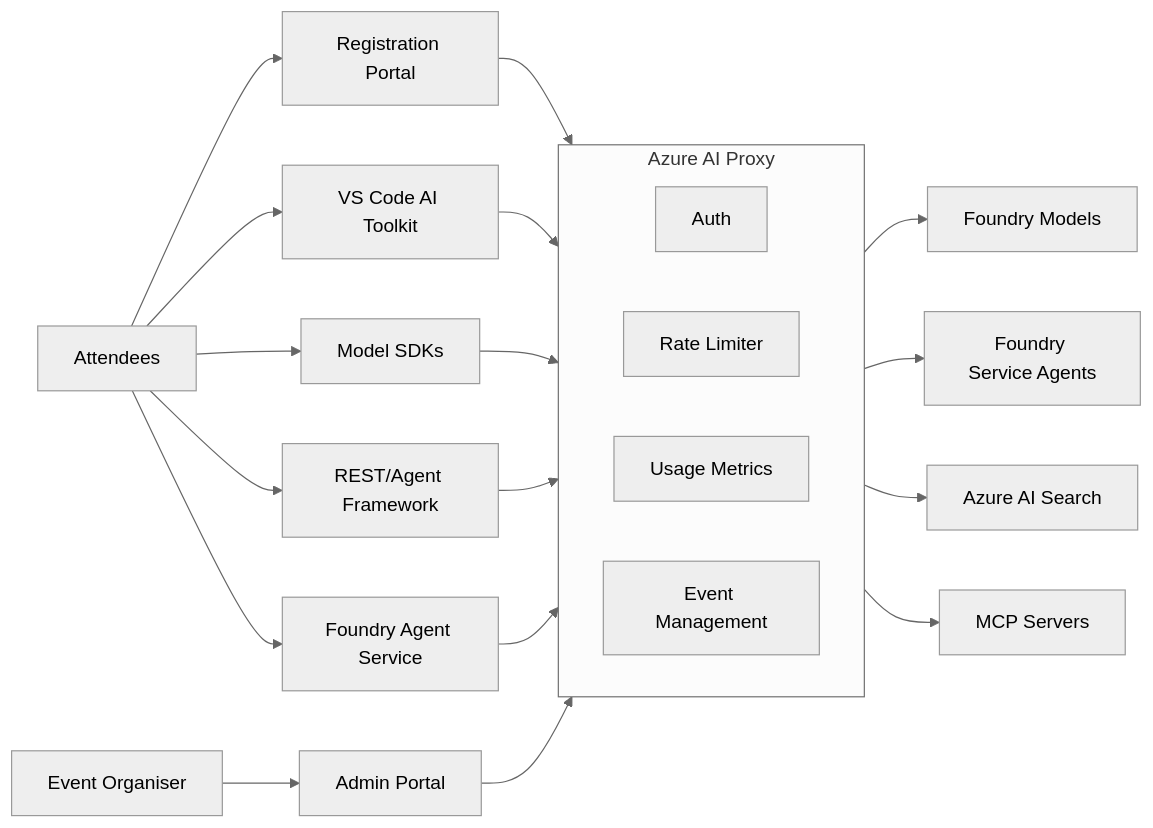
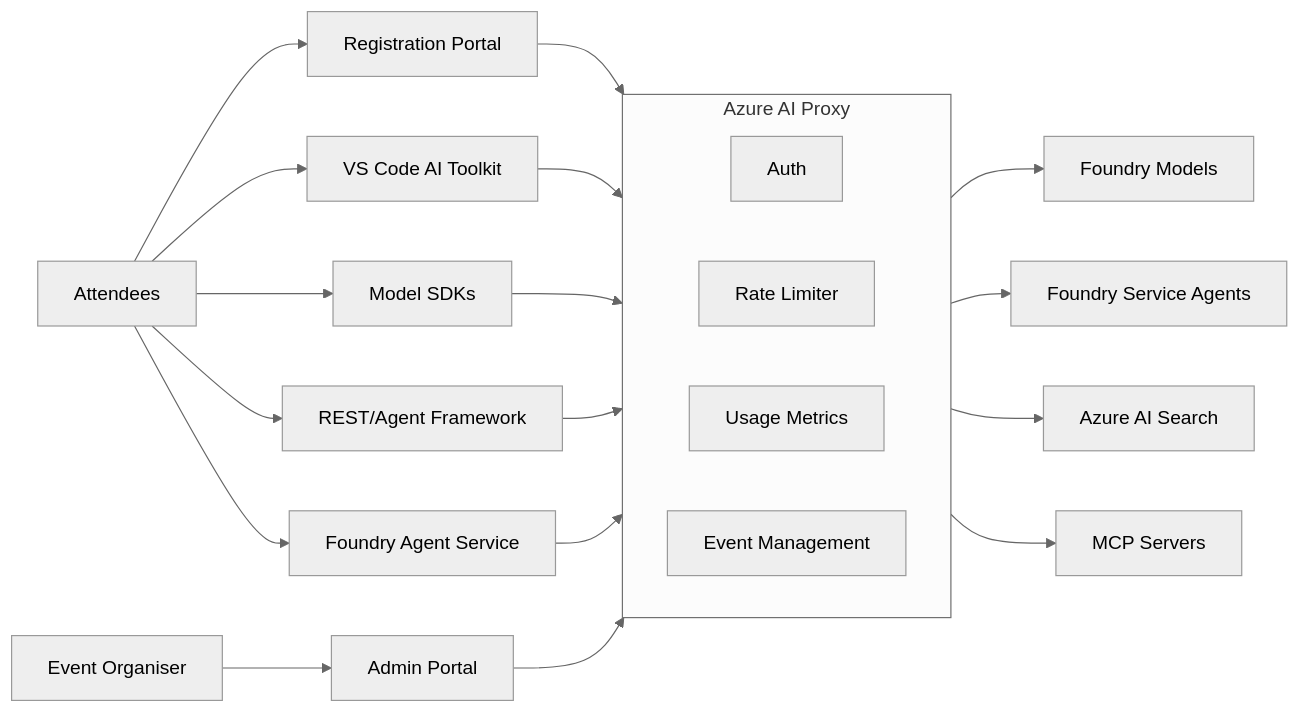
One commit to gloveboxes/azure-ai-proxy-lite changed the diagram in docs/docs/index.md. Above: the diagram before and after it, drawn with Mermaid (neutral theme). The commit also changed 2 other files, not shown here.

````diff
--- a/docs/docs/index.md
+++ b/docs/docs/index.md
@@ -11,35 +11,30 @@
 ```mermaid
----
-config:
-  flowchart:
-    wrappingWidth: 120
----
 graph LR
     Attendees --> Reg[Registration Portal]
     Attendees --> T1[VS Code AI Toolkit]
     Attendees --> T2[Model SDKs]
     Attendees --> T3[REST/Agent Framework]
     Attendees --> T4[Foundry Agent Service]
 
     Organiser[Event Organiser] --> Admin[Admin Portal]
 
     Reg --> Azure_AI_Proxy
     T1 --> Azure_AI_Proxy
     T2 --> Azure_AI_Proxy
     T3 --> Azure_AI_Proxy
     T4 --> Azure_AI_Proxy
     Admin --> Azure_AI_Proxy
 
     subgraph Azure_AI_Proxy[Azure AI Proxy]
         direction LR
         P1[Auth]
         P2[Rate Limiter]
         P3[Usage Metrics]
         P4[Event Management]
     end
 
     Azure_AI_Proxy --> A1[Foundry Models]
     Azure_AI_Proxy --> A2[Foundry Service Agents]
     Azure_AI_Proxy --> A3[Azure AI Search]
     Azure_AI_Proxy --> A4[MCP Servers]
 ```
````
